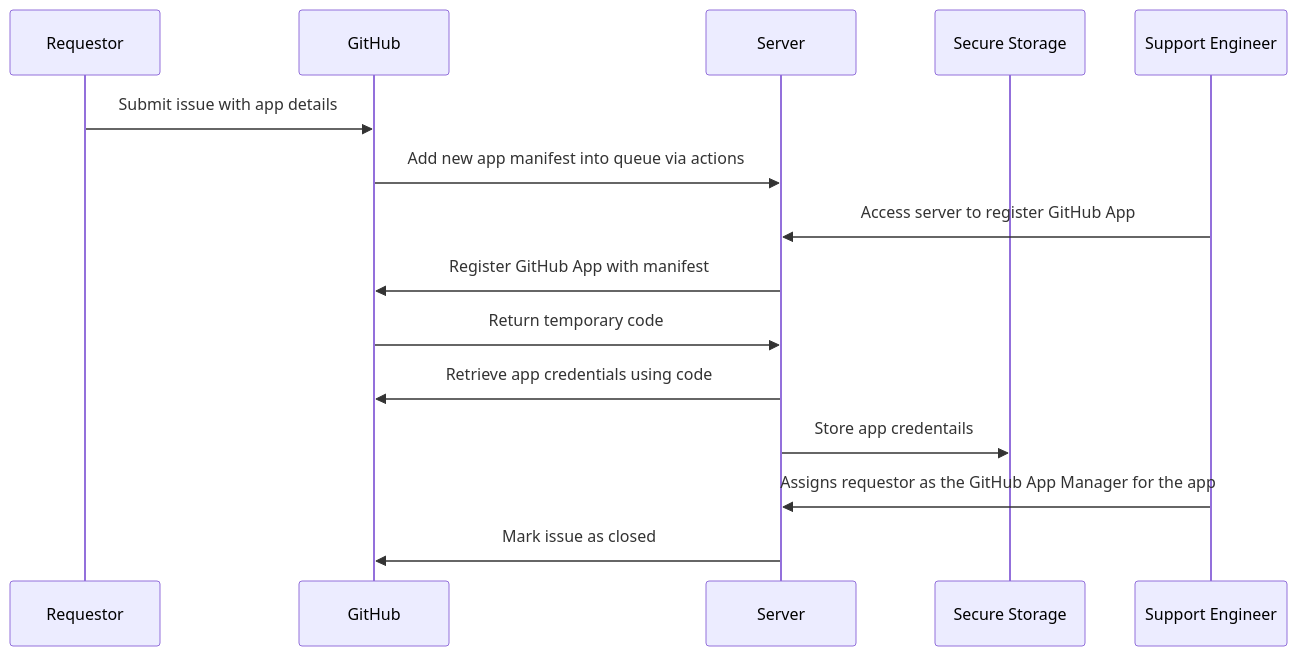
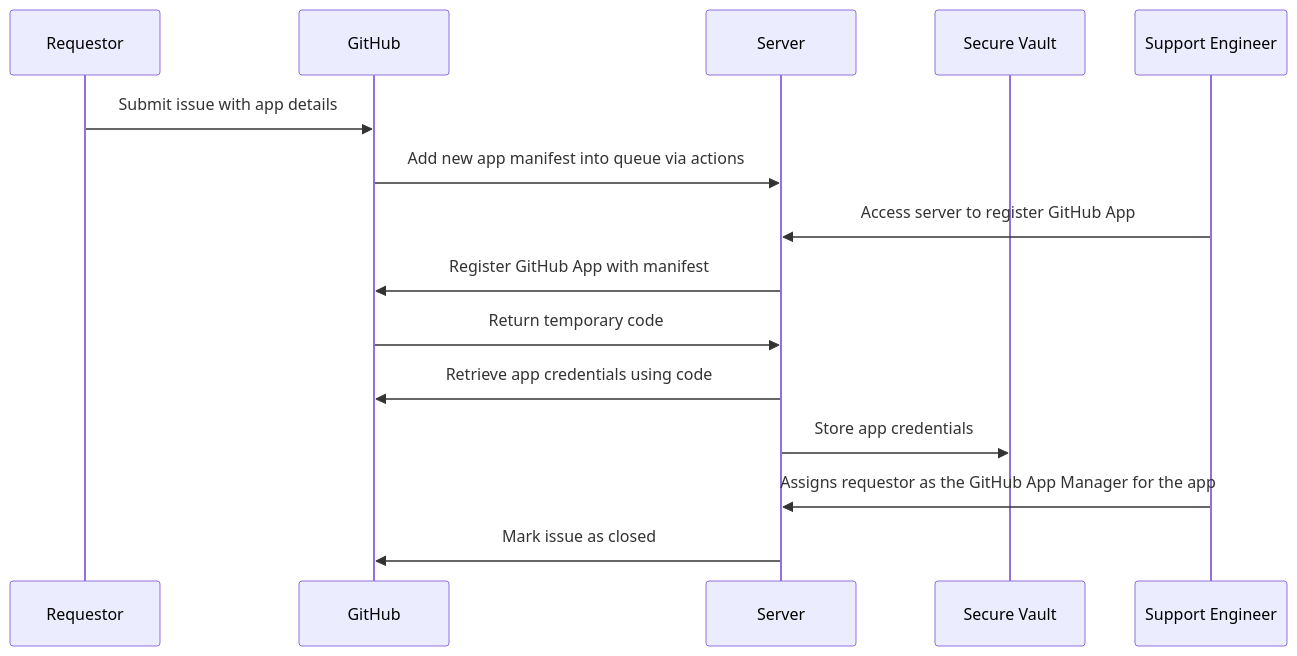
One commit to jitran/github-app-manifest-flow changed the diagram in README.md. Above: the diagram before and after it, drawn with Mermaid.

Commit message:
Updated terminology.

````diff
--- a/README.md
+++ b/README.md
@@ -9,18 +9,18 @@
 ```mermaid
 sequenceDiagram
     participant Requestor
     participant GitHub
     participant Server
-    participant Secure Storage
+    participant Secure Vault
     participant Support Engineer
 
     Requestor->>GitHub: Submit issue with app details
     GitHub->>Server: Add new app manifest into queue via actions
     Support Engineer->>Server: Access server to register GitHub App
     Server->>GitHub: Register GitHub App with manifest
     GitHub->>Server: Return temporary code
     Server->>GitHub: Retrieve app credentials using code
-    Server->>Secure Storage: Store app credentails
+    Server->>Secure Vault: Store app credentials
     Support Engineer->>Server: Assigns requestor as the GitHub App Manager for the app
     Server->>GitHub: Mark issue as closed
 ```
````
